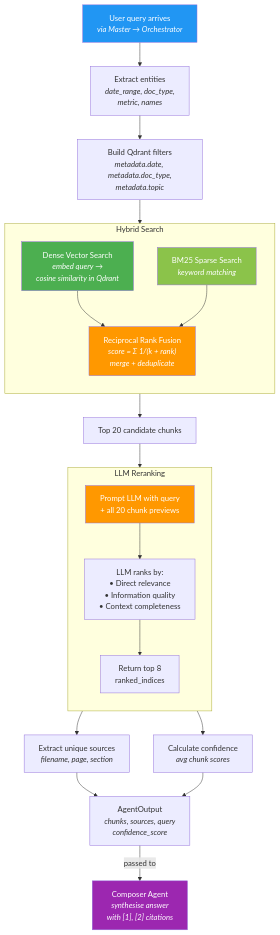
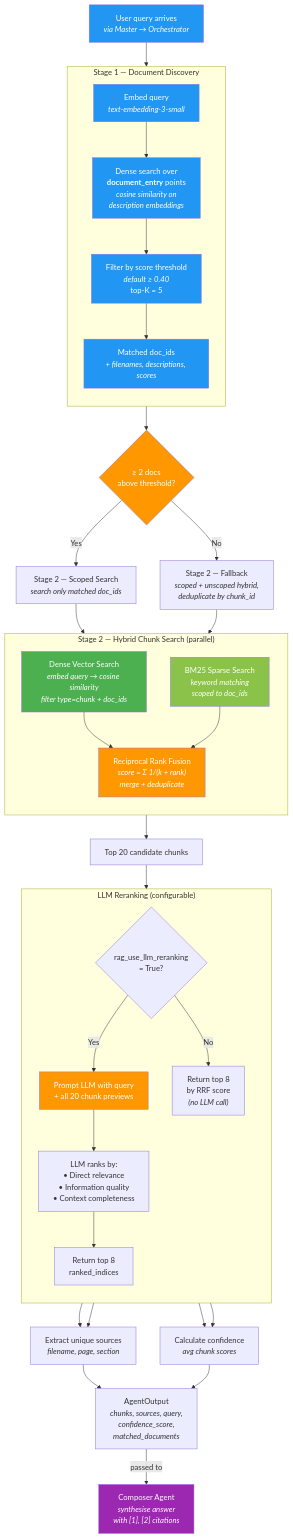
Before and after one commit to vinu0404/TopoSort-RAG: the eighth of 17 diagrams in README.md, drawn with Mermaid. The commit also changed other lines of this file and 14 other files, not shown here.

Commit message:
added new chat and 2 stage rag

````diff
--- a/README.md
+++ b/README.md
@@ -323,43 +501,65 @@
 ```mermaid
 flowchart TD
     Query["User query arrives<br/><i>via Master → Orchestrator</i>"]
 
-    Query --> Entities["Extract entities<br/><i>date_range, doc_type,<br/>metric, names</i>"]
-    Entities --> Filters["Build Qdrant filters<br/><i>metadata.date, metadata.doc_type,<br/>metadata.topic</i>"]
+    Query --> Stage1
 
-    Filters --> Hybrid
+    subgraph Stage1["Stage 1 — Document Discovery"]
+        direction TB
+        EmbedQ1["Embed query<br/><i>text-embedding-3-small</i>"]
+        EmbedQ1 --> DescSearch["Dense search over<br/><b>document_entry</b> points<br/><i>cosine similarity on<br/>description embeddings</i>"]
+        DescSearch --> Filter["Filter by score threshold<br/><i>default ≥ 0.40</i><br/>top-K = 5"]
+        Filter --> DocIDs["Matched doc_ids<br/><i>+ filenames, descriptions, scores</i>"]
+    end
 
-    subgraph Hybrid["Hybrid Search"]
+    DocIDs --> Decision{"≥ 2 docs<br/>above threshold?"}
+
+    Decision -->|"Yes"| Stage2Scoped["Stage 2 — Scoped Search<br/><i>search only matched doc_ids</i>"]
+    Decision -->|"No"| Stage2Fallback["Stage 2 — Fallback<br/><i>scoped + unscoped hybrid,<br/>deduplicate by chunk_id</i>"]
+
+    Stage2Scoped --> Hybrid
+    Stage2Fallback --> Hybrid
+
+    subgraph Hybrid["Stage 2 — Hybrid Chunk Search (parallel)"]
         direction TB
-        Dense["Dense Vector Search<br/><i>embed query →<br/>cosine similarity in Qdrant</i>"]
-        Sparse["BM25 Sparse Search<br/><i>keyword matching</i>"]
+        Dense["Dense Vector Search<br/><i>embed query → cosine similarity<br/>filter type=chunk + doc_ids</i>"]
+        Sparse["BM25 Sparse Search<br/><i>keyword matching<br/>scoped to doc_ids</i>"]
         Dense --> RRF["Reciprocal Rank Fusion<br/><i>score = Σ 1/(k + rank)<br/>merge + deduplicate</i>"]
         Sparse --> RRF
     end
 
     RRF --> Top20["Top 20 candidate chunks"]
 
     Top20 --> Rerank
 
-    subgraph Rerank["LLM Reranking"]
+    subgraph Rerank["LLM Reranking (configurable)"]
         direction TB
-        RePrompt["Prompt LLM with query<br/>+ all 20 chunk previews"]
+        Check{"rag_use_llm_reranking<br/>= True?"}
+        Check -->|"Yes"| RePrompt["Prompt LLM with query<br/>+ all 20 chunk previews"]
         RePrompt --> Score["LLM ranks by:<br/>• Direct relevance<br/>• Information quality<br/>• Context completeness"]
         Score --> Top8["Return top 8<br/>ranked_indices"]
+        Check -->|"No"| PassThrough["Return top 8<br/>by RRF score<br/><i>(no LLM call)</i>"]
     end
 
     Top8 --> Sources["Extract unique sources<br/><i>filename, page, section</i>"]
+    PassThrough --> Sources
     Top8 --> Confidence["Calculate confidence<br/><i>avg chunk scores</i>"]
+    PassThrough --> Confidence
 
-    Sources --> Output["AgentOutput<br/><i>chunks, sources, query<br/>confidence_score</i>"]
+    Sources --> Output["AgentOutput<br/><i>chunks, sources, query,<br/>confidence_score,<br/>matched_documents</i>"]
     Confidence --> Output
 
     Output -->|"passed to"| Composer["Composer Agent<br/><i>synthesise answer<br/>with [1], [2] citations</i>"]
 
     style Query fill:#2196F3,color:#fff
+    style EmbedQ1 fill:#2196F3,color:#fff
+    style DescSearch fill:#2196F3,color:#fff
+    style Filter fill:#2196F3,color:#fff
+    style DocIDs fill:#2196F3,color:#fff
     style Dense fill:#4CAF50,color:#fff
     style Sparse fill:#8BC34A,color:#fff
     style RRF fill:#FF9800,color:#fff
     style RePrompt fill:#FF9800,color:#fff
     style Composer fill:#9C27B0,color:#fff
+    style Decision fill:#FF9800,color:#fff
 ```
````
